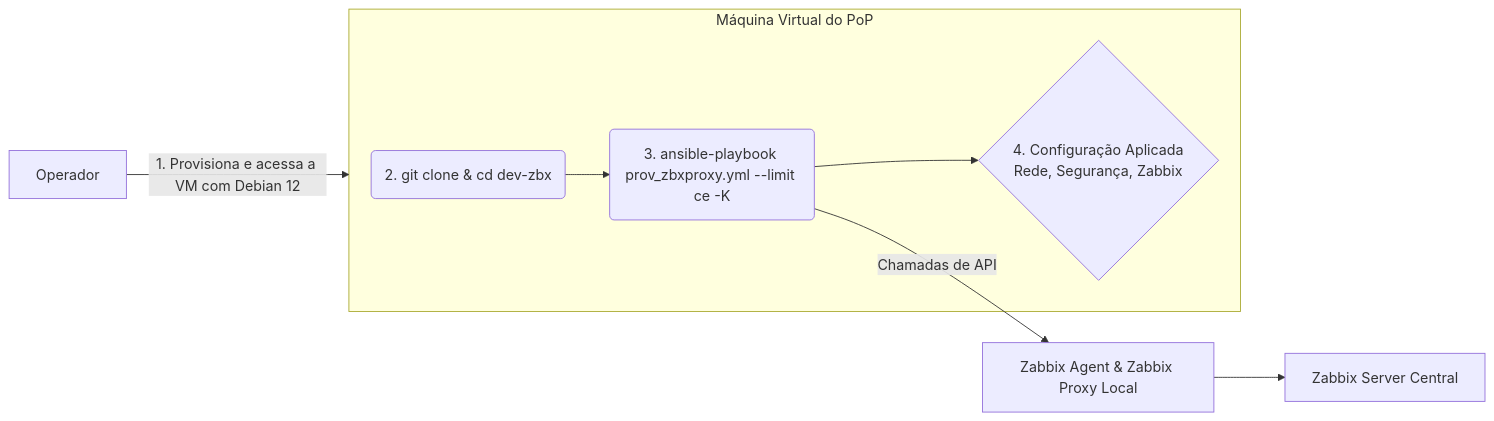
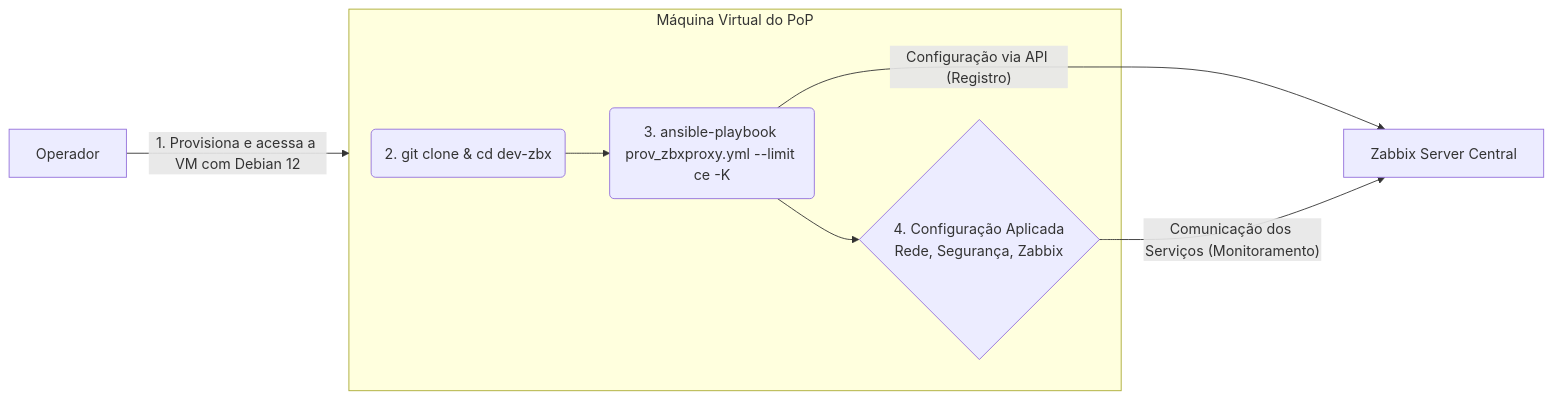
Before and after one commit to felipeanj0s/Delta: the diagram in test.md, drawn with Mermaid.

````diff
--- a/test.md
+++ b/test.md
@@ -21,14 +21,15 @@
 ```mermaid
 graph LR;
-    Operador -- 1. Provisiona e acessa a VM com Debian 12 --> HostDestino;
+    Operador -- "1. Provisiona e acessa a VM com Debian 12" --> HostDestino;
 
     subgraph HostDestino["Máquina Virtual do PoP"]
         A("2. git clone & cd dev-zbx");
-        B("3. ansible-playbook prov_zbxproxy.yml --limit ce -K ");
+        B("3. ansible-playbook prov_zbxproxy.yml --limit ce -K");
         C{"4. Configuração Aplicada<br>Rede, Segurança, Zabbix"};
         
         A --> B --> C;
     end
     
-    B -- Chamadas de API --> ZabbixAgent&Proxy[Zabbix Agent & Zabbix Proxy Local]--> ZabbixServer[Zabbix Server Central];
+    B -- "Configuração via API (Registro)" --> ZabbixServer["Zabbix Server Central"];
+    C -- "Comunicação dos Serviços (Monitoramento)" --> ZabbixServer;
 ```
````
